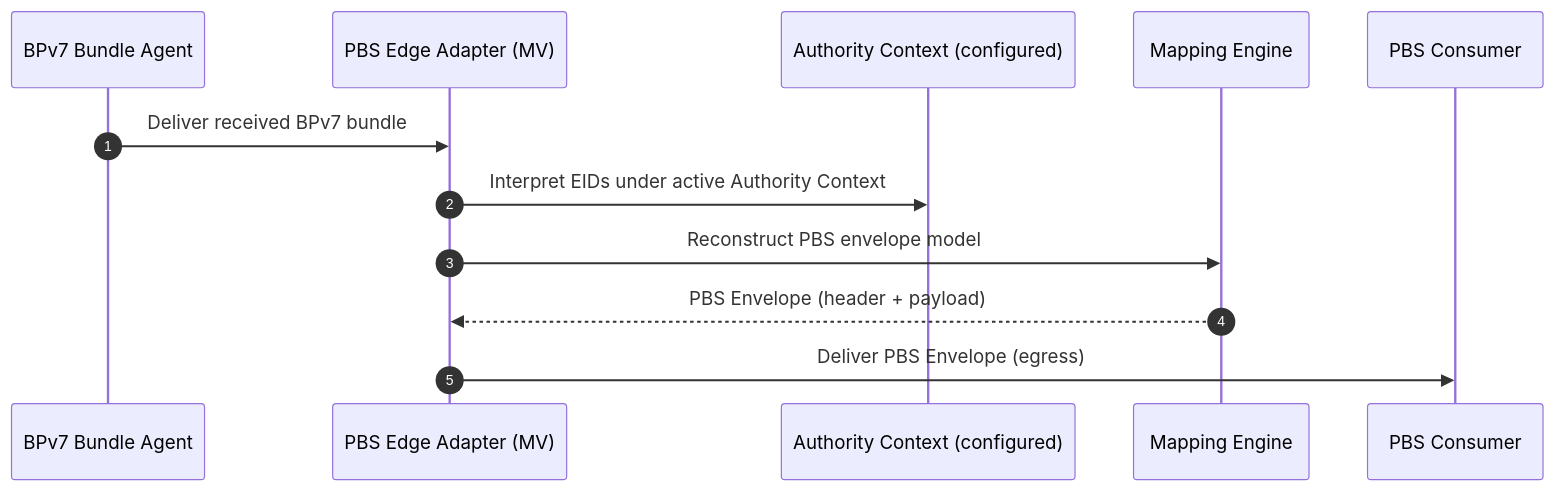
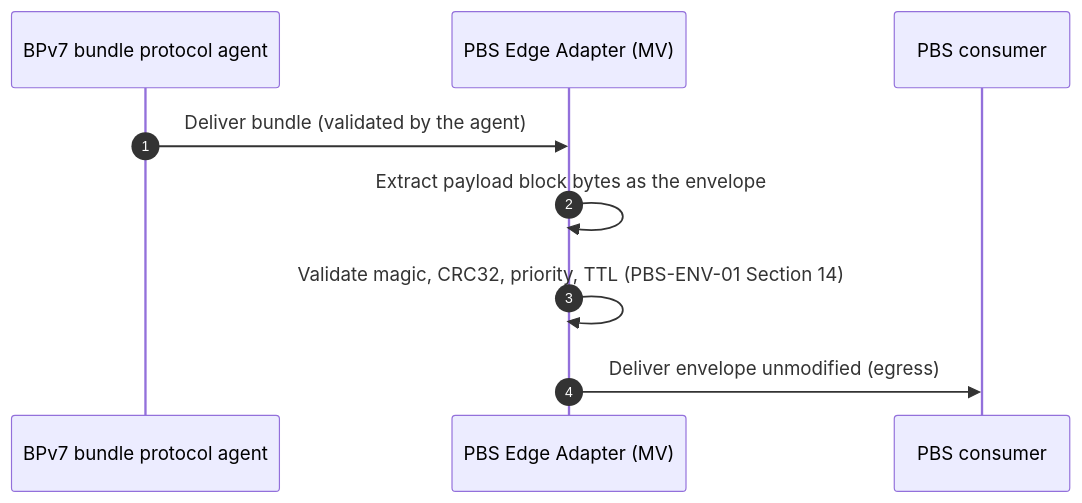
Before and after one commit to Pale-Blue-Systems/PBS-EDGE-ADAPTER-MV: the fourth of 6 diagrams in DOCS/PBS-EDGE-ARCHITECTURE.md, drawn with Mermaid. The commit also changed other lines of this file and 4 other files, not shown here.

````diff
--- a/DOCS/PBS-EDGE-ARCHITECTURE.md
+++ b/DOCS/PBS-EDGE-ARCHITECTURE.md
@@ -121,15 +125,12 @@
 ```mermaid
 sequenceDiagram
   autonumber
-  participant B as BPv7 Bundle Agent
+  participant B as BPv7 bundle protocol agent
   participant A as PBS Edge Adapter (MV)
-  participant AC as Authority Context (configured)
-  participant M as Mapping Engine
-  participant C as PBS Consumer
+  participant C as PBS consumer
 
-  B->>A: Deliver received BPv7 bundle
-  A->>AC: Interpret EIDs under active Authority Context
-  A->>M: Reconstruct PBS envelope model
-  M-->>A: PBS Envelope (header + payload)
-  A->>C: Deliver PBS Envelope (egress)
+  B->>A: Deliver bundle (validated by the agent)
+  A->>A: Extract payload block bytes as the envelope
+  A->>A: Validate magic, CRC32, priority, TTL (PBS-ENV-01 Section 14)
+  A->>C: Deliver envelope unmodified (egress)
 ```
````
